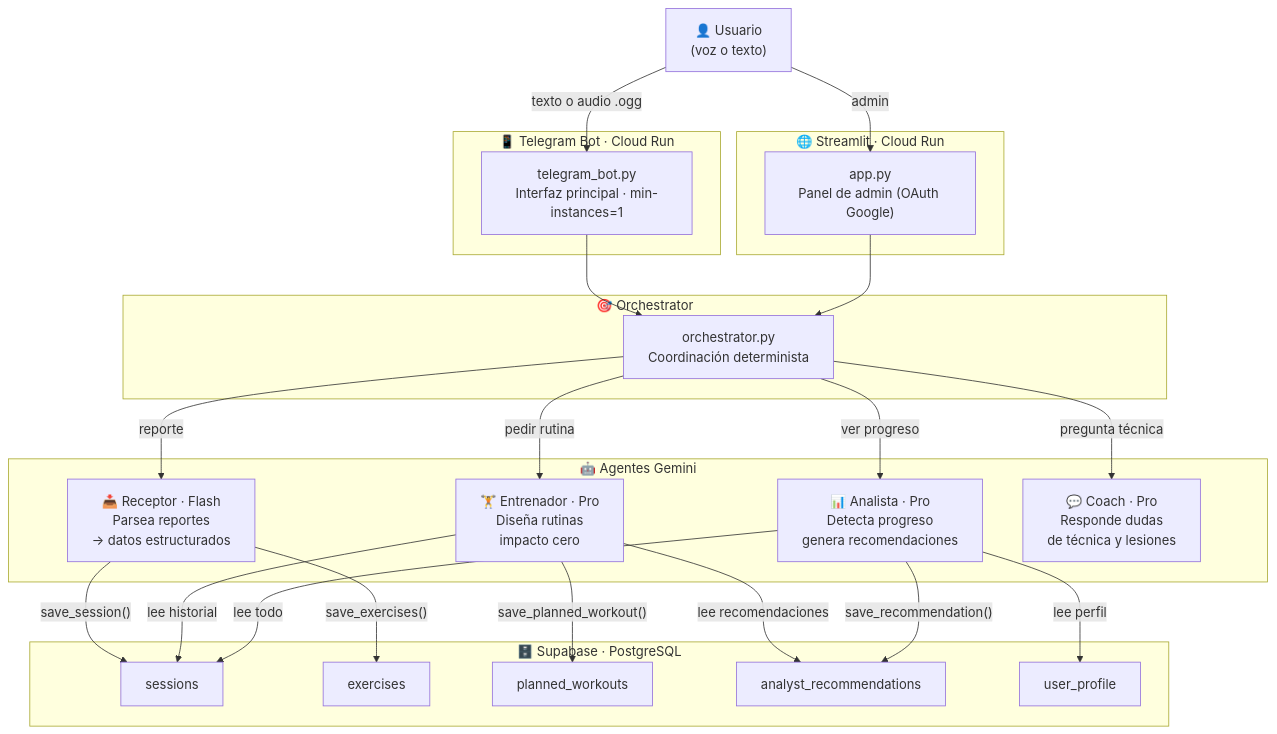
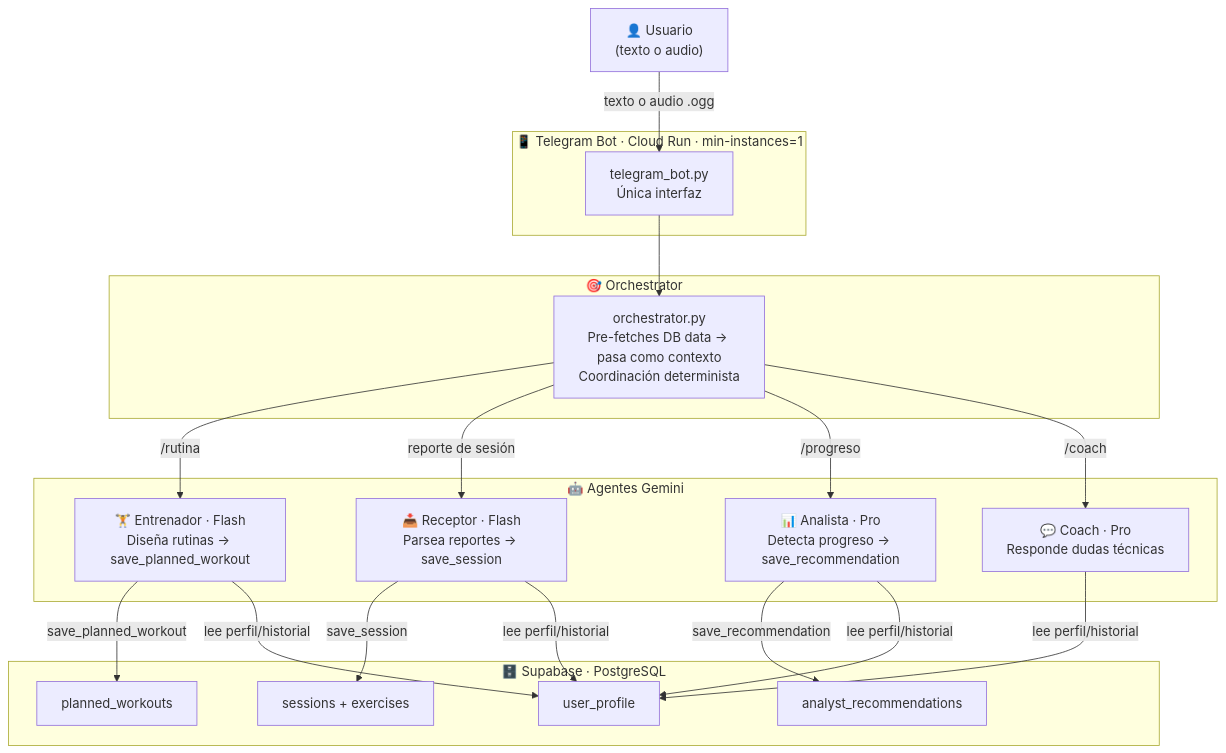
The first of 3 diagrams in README.md (JavierRubio4U/calistenia), drawn with Mermaid before and after one commit. The commit also changed other lines of this file and 10 other files, not shown here.

````diff
--- a/README.md
+++ b/README.md
@@ -48,49 +47,38 @@
 ```mermaid
 graph TD
-    U["👤 Usuario<br/>(voz o texto)"]
+    U["👤 Usuario<br/>(texto o audio)"]
 
-    subgraph TG["📱 Telegram Bot · Cloud Run"]
-        B["telegram_bot.py<br/>Interfaz principal · min-instances=1"]
-    end
-
-    subgraph APP["🌐 Streamlit · Cloud Run"]
-        A["app.py<br/>Panel de admin (OAuth Google)"]
+    subgraph TG["📱 Telegram Bot · Cloud Run · min-instances=1"]
+        B["telegram_bot.py<br/>Única interfaz"]
     end
 
     subgraph ORQUESTADOR["🎯 Orchestrator"]
-        O["orchestrator.py<br/>Coordinación determinista"]
+        O["orchestrator.py<br/>Pre-fetches DB data → pasa como contexto<br/>Coordinación determinista"]
     end
 
     subgraph AGENTES["🤖 Agentes Gemini"]
-        R["📥 Receptor · Flash\nParsea reportes\n→ datos estructurados"]
-        T["🏋️ Entrenador · Pro\nDiseña rutinas\nimpacto cero"]
-        AN["📊 Analista · Pro\nDetecta progreso\ngenera recomendaciones"]
-        C["💬 Coach · Pro\nResponde dudas\nde técnica y lesiones"]
+        R["📥 Receptor · Flash\nParsea reportes → save_session"]
+        T["🏋️ Entrenador · Flash\nDiseña rutinas → save_planned_workout"]
+        AN["📊 Analista · Pro\nDetecta progreso → save_recommendation"]
+        C["💬 Coach · Pro\nResponde dudas técnicas"]
     end
 
     subgraph DB["🗄️ Supabase · PostgreSQL"]
-        S1["sessions"]
-        S2["exercises"]
-        S3["planned_workouts"]
-        S4["analyst_recommendations"]
-        S5["user_profile"]
+        S1["sessions + exercises"]
+        S2["planned_workouts"]
+        S3["analyst_recommendations"]
+        S4["user_profile"]
     end
 
     U -->|"texto o audio .ogg"| B
     B --> O
-    U -->|"admin"| A
-    A --> O
-    O -->|"reporte"| R
-    O -->|"pedir rutina"| T
-    O -->|"ver progreso"| AN
-    O -->|"pregunta técnica"| C
+    O -->|"/rutina"| T
+    O -->|"reporte de sesión"| R
+    O -->|"/progreso"| AN
+    O -->|"/coach"| C
 
-    R -->|"save_session()"| S1
-    R -->|"save_exercises()"| S2
-    T -->|"lee historial"| S1
-    T -->|"lee recomendaciones"| S4
-    T -->|"save_planned_workout()"| S3
-    AN -->|"lee todo"| S1
-    AN -->|"save_recommendation()"| S4
-    AN -->|"lee perfil"| S5
+    T -->|"save_planned_workout"| S2
+    R -->|"save_session"| S1
+    AN -->|"save_recommendation"| S3
+    T & R & AN & C -->|"lee perfil/historial"| S4
 ```
````
